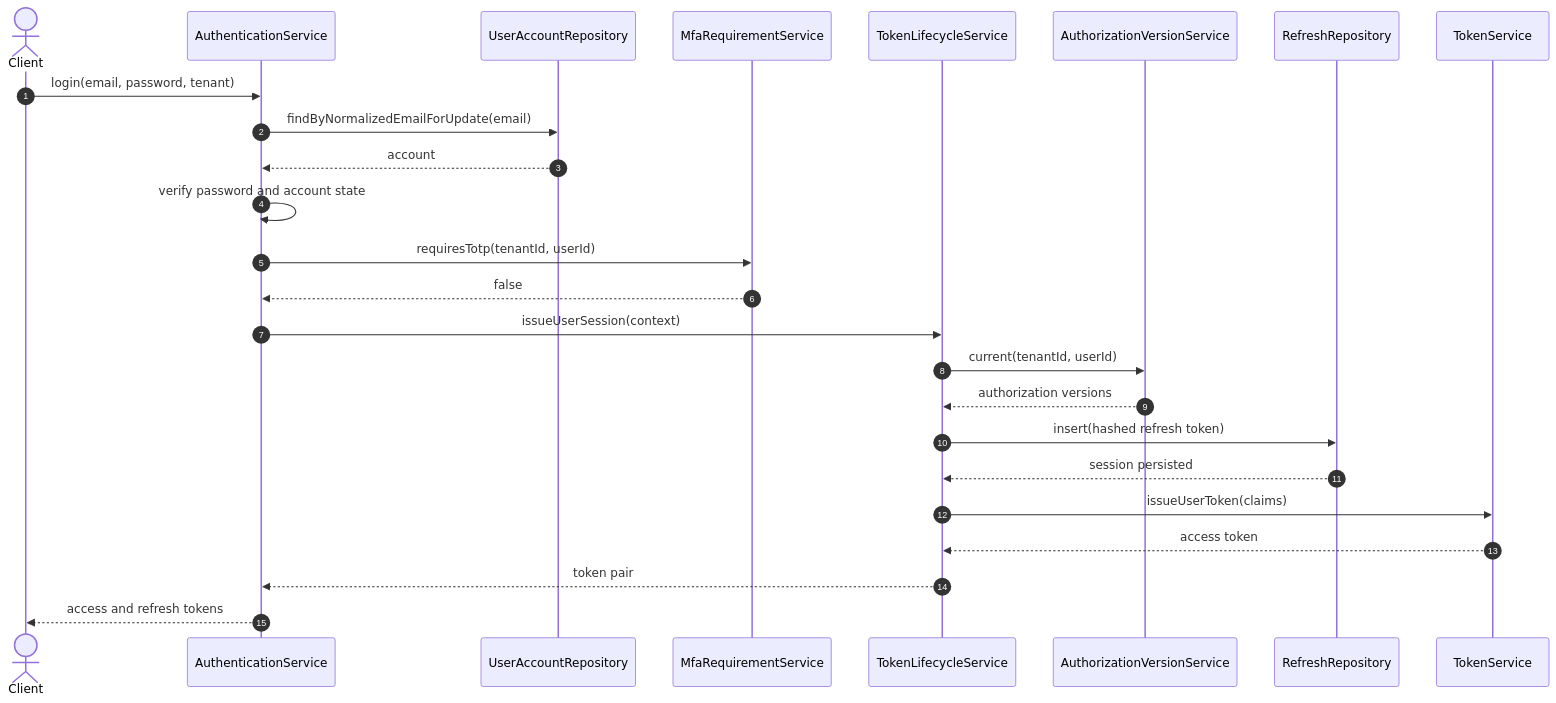
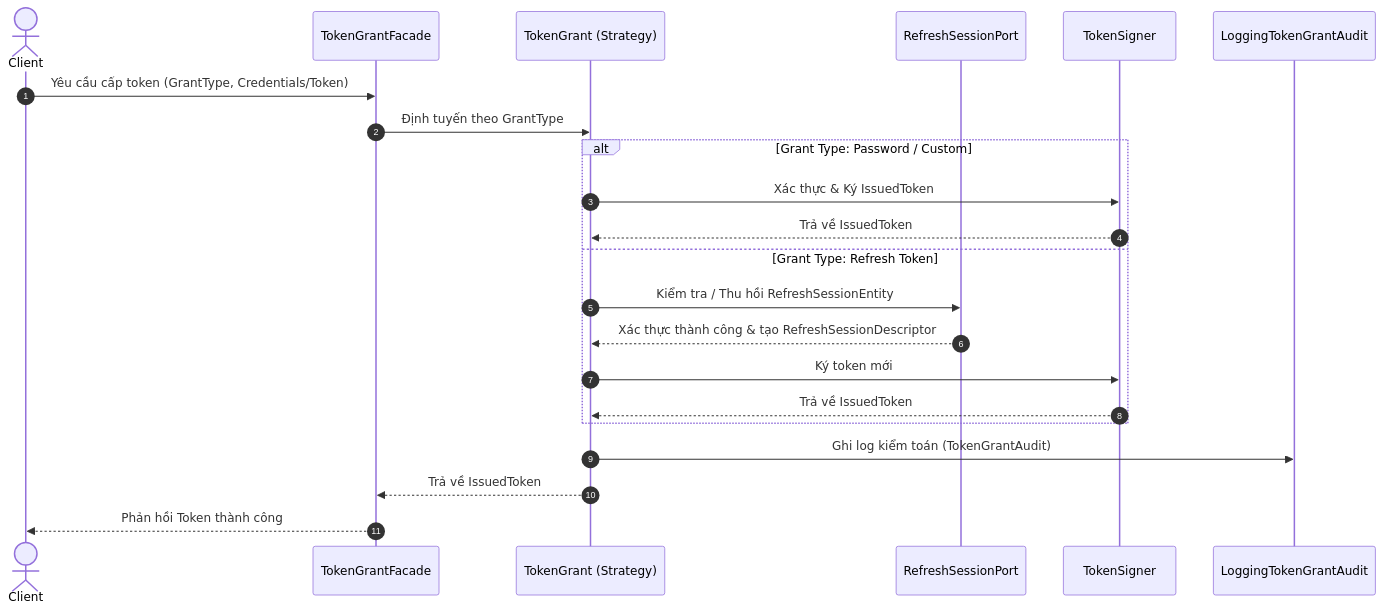
One commit to hatrongvu13/smartfarm-platform-maven-starter changed the first of 4 diagrams in services/smartfarm-identity-service/review_flow.md. Above: the diagram before and after it, drawn with Mermaid. The commit also changed other lines of this file and 6 other files, not shown here.

````diff
--- a/services/smartfarm-identity-service/review_flow.md
+++ b/services/smartfarm-identity-service/review_flow.md
@@ -443,29 +5,27 @@
 ```mermaid
 sequenceDiagram
-    autonumber
+autonumber
+actor Client
+participant TokenGrantFacade as TokenGrantFacade
+participant TokenGrant as TokenGrant (Strategy)
+participant RefreshSessionPort as RefreshSessionPort
+participant TokenSigner as TokenSigner
+participant Audit as LoggingTokenGrantAudit
 
-    actor Client
-    participant Auth as AuthenticationService
-    participant Accounts as UserAccountRepository
-    participant Mfa as MfaRequirementService
-    participant Lifecycle as TokenLifecycleService
-    participant Versions as AuthorizationVersionService
-    participant Refresh as RefreshRepository
-    participant Issuer as TokenService
+    Client->>TokenGrantFacade: Yêu cầu cấp token (GrantType, Credentials/Token)
+    TokenGrantFacade->>TokenGrant: Định tuyến theo GrantType
+    
+    alt Grant Type: Password / Custom
+        TokenGrant->>TokenSigner: Xác thực & Ký IssuedToken
+        TokenSigner-->>TokenGrant: Trả về IssuedToken
+    else Grant Type: Refresh Token
+        TokenGrant->>RefreshSessionPort: Kiểm tra / Thu hồi RefreshSessionEntity
+        RefreshSessionPort-->>TokenGrant: Xác thực thành công & tạo RefreshSessionDescriptor
+        TokenGrant->>TokenSigner: Ký token mới
+        TokenSigner-->>TokenGrant: Trả về IssuedToken
+    end
 
-    Client->>Auth: login(email, password, tenant)
-    Auth->>Accounts: findByNormalizedEmailForUpdate(email)
-    Accounts-->>Auth: account
-    Auth->>Auth: verify password and account state
-    Auth->>Mfa: requiresTotp(tenantId, userId)
-    Mfa-->>Auth: false
-    Auth->>Lifecycle: issueUserSession(context)
-    Lifecycle->>Versions: current(tenantId, userId)
-    Versions-->>Lifecycle: authorization versions
-    Lifecycle->>Refresh: insert(hashed refresh token)
-    Refresh-->>Lifecycle: session persisted
-    Lifecycle->>Issuer: issueUserToken(claims)
-    Issuer-->>Lifecycle: access token
-    Lifecycle-->>Auth: token pair
-    Auth-->>Client: access and refresh tokens
+    TokenGrant->>Audit: Ghi log kiểm toán (TokenGrantAudit)
+    TokenGrant-->>TokenGrantFacade: Trả về IssuedToken
+    TokenGrantFacade-->>Client: Phản hồi Token thành công
 ```
````
